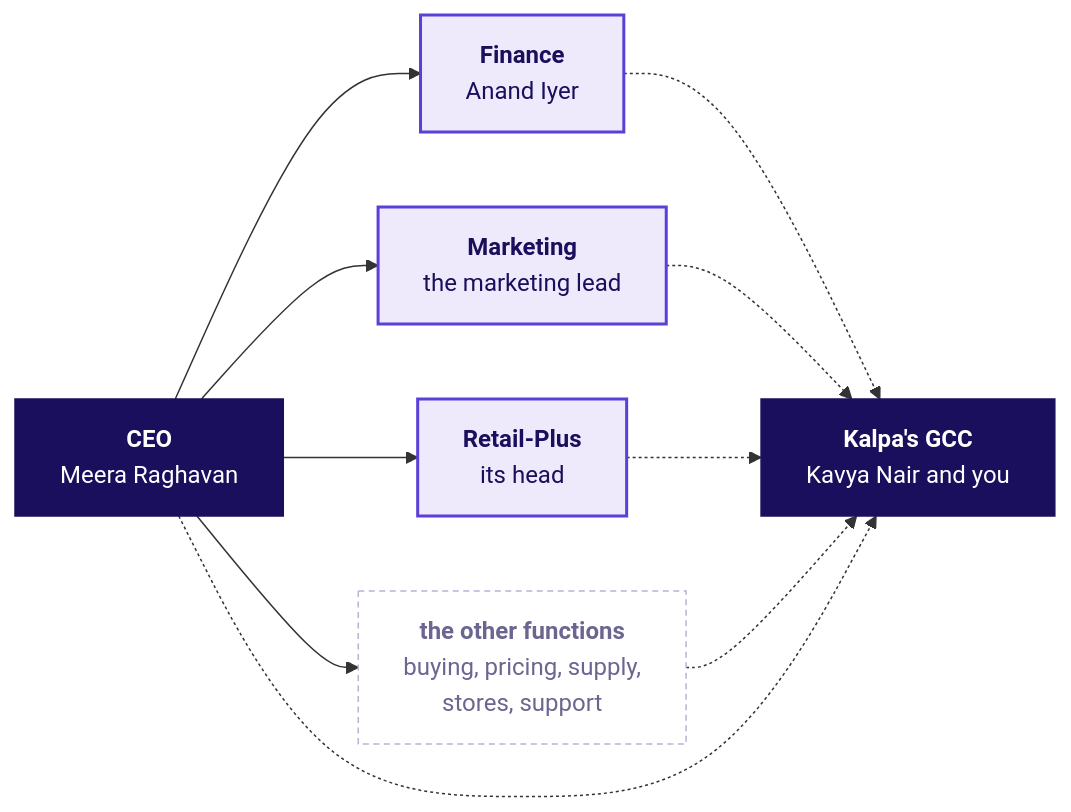
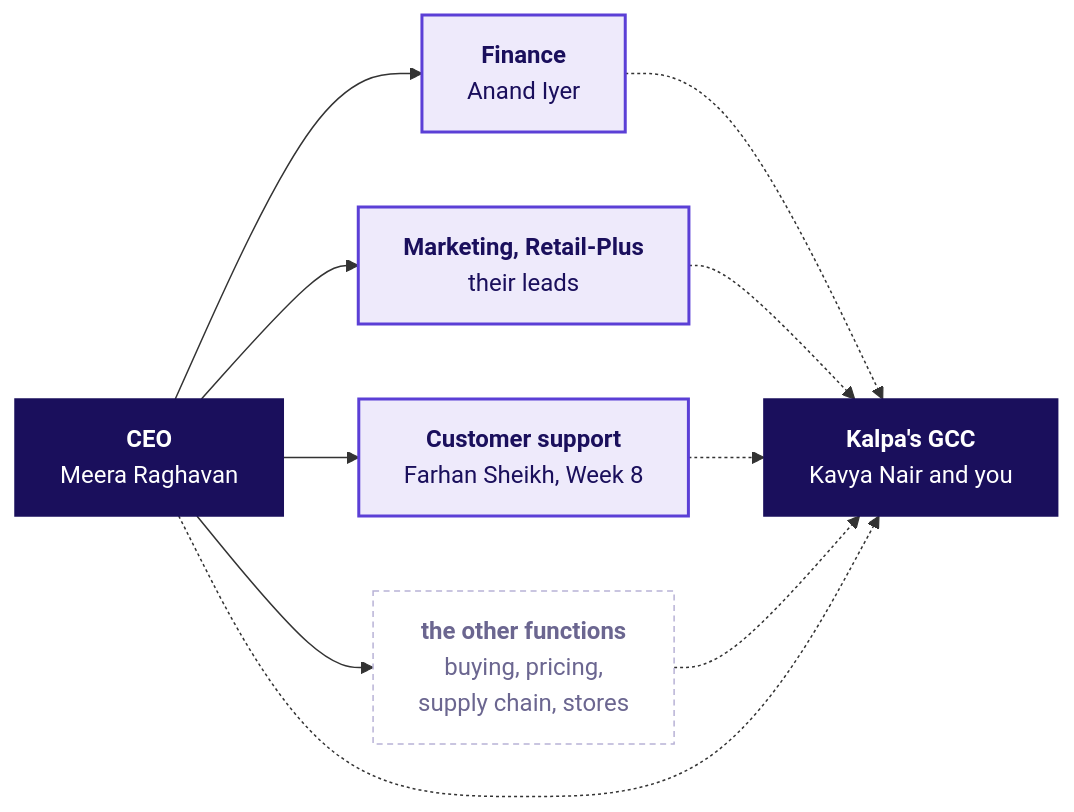
The fifth of 7 diagrams in content/W01/D1/trainer/C2_W01_D01_domain_story_TRAINER.md (fde-academy-lab/c2-content-factory), drawn with Mermaid before and after one commit. The commit also changed other lines of this file, not shown here.

````diff
--- a/content/W01/D1/trainer/C2_W01_D01_domain_story_TRAINER.md
+++ b/content/W01/D1/trainer/C2_W01_D01_domain_story_TRAINER.md
@@ -130,15 +131,15 @@
 ```mermaid
 flowchart LR
     CEO["<b>CEO</b><br/>Meera Raghavan"] --> FIN["<b>Finance</b><br/>Anand Iyer"]
-    CEO --> MKT["<b>Marketing</b><br/>the marketing lead"]
-    CEO --> RP["<b>Retail-Plus</b><br/>its head"]
-    CEO --> OTH["<b>the other functions</b><br/>buying, pricing, supply,<br/>stores, support"]
-    FIN & MKT & RP & OTH -.-> GCC["<b>Kalpa's GCC</b><br/>Kavya Nair and you"]
+    CEO --> MKT["<b>Marketing, Retail-Plus</b><br/>their leads"]
+    CEO --> CS["<b>Customer support</b><br/>Farhan Sheikh, Week 8"]
+    CEO --> OTH["<b>the other functions</b><br/>buying, pricing,<br/>supply chain, stores"]
+    FIN & MKT & CS & OTH -.-> GCC["<b>Kalpa's GCC</b><br/>Kavya Nair and you"]
     CEO -.-> GCC
     classDef known fill:#EEEAFB,stroke:#5B3FD6,color:#1A0F5C,stroke-width:2px
     classDef unknown fill:#FFFFFF,stroke:#B8B2D6,color:#6B6690,stroke-dasharray:4 3
     classDef dark fill:#1A0F5C,stroke:#1A0F5C,color:#FFFFFF
-    class FIN,MKT,RP known
+    class FIN,MKT,CS known
     class OTH unknown
     class CEO,GCC dark
 ```
````
